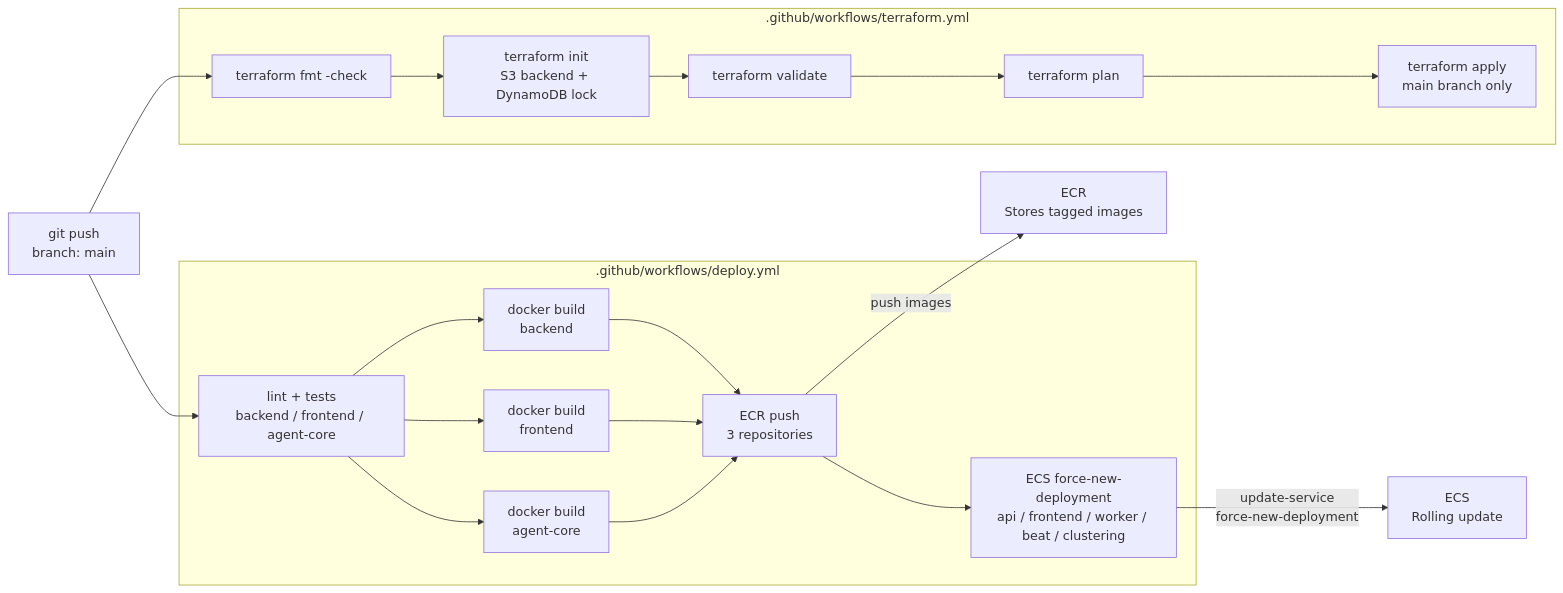
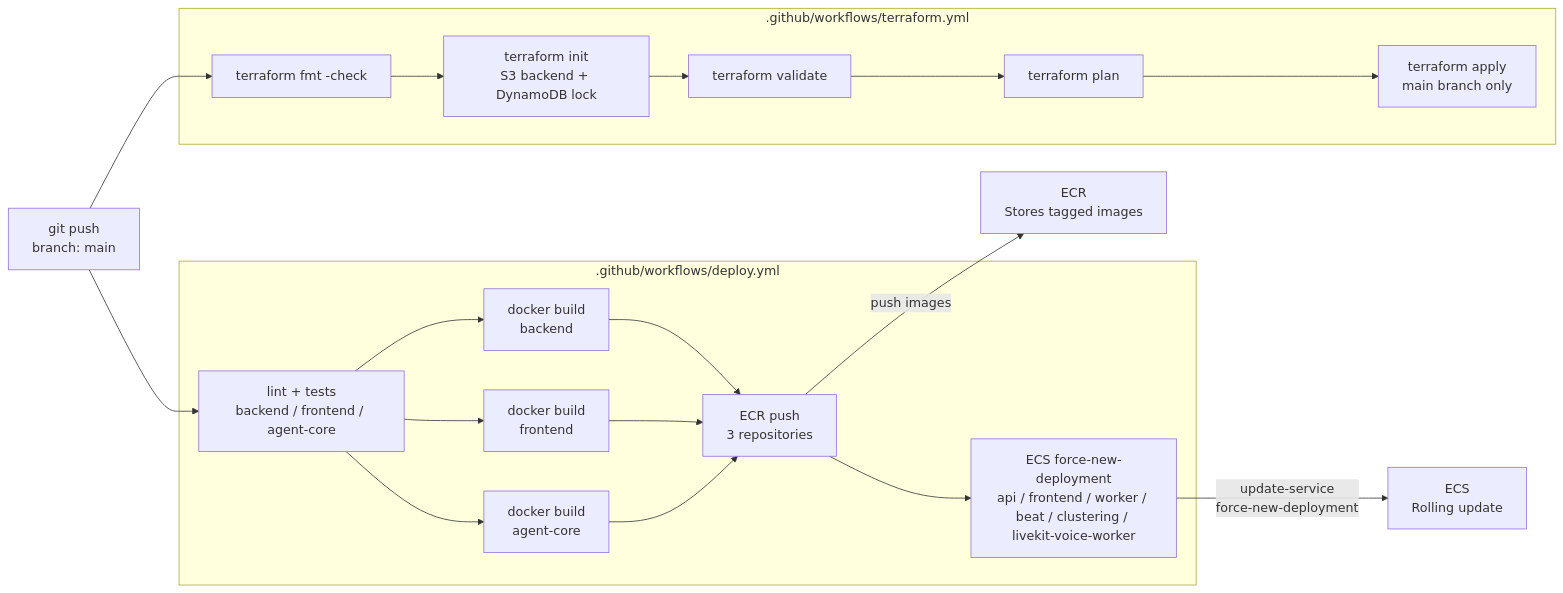
The second of 3 diagrams in docs/DEPLOYMENT_ARCHITECTURE.md (pdz1804/tech-new-mystery), drawn with Mermaid before and after one commit. The commit also changed other lines of this file and 26 other files, not shown here.

````diff
--- a/docs/DEPLOYMENT_ARCHITECTURE.md
+++ b/docs/DEPLOYMENT_ARCHITECTURE.md
@@ -267,37 +270,37 @@
 ```mermaid
 graph LR
     CODE["git push\nbranch: main"]
 
     subgraph TerraformPipeline[".github/workflows/terraform.yml"]
         TF1["terraform fmt -check"]
         TF2["terraform init\nS3 backend + DynamoDB lock"]
         TF3["terraform validate"]
         TF4["terraform plan"]
         TF5["terraform apply\nmain branch only"]
         TF1 --> TF2 --> TF3 --> TF4 --> TF5
     end
 
     subgraph AppPipeline[".github/workflows/deploy.yml"]
         LINT["lint + tests\nbackend / frontend / agent-core"]
         BUILD1["docker build\nbackend"]
         BUILD2["docker build\nfrontend"]
         BUILD3["docker build\nagent-core"]
         PUSH["ECR push\n3 repositories"]
-        DEPLOY["ECS force-new-deployment\napi / frontend / worker / beat / clustering"]
+        DEPLOY["ECS force-new-deployment\napi / frontend / worker / beat / clustering / livekit-voice-worker"]
         LINT --> BUILD1
         LINT --> BUILD2
         LINT --> BUILD3
         BUILD1 --> PUSH
         BUILD2 --> PUSH
         BUILD3 --> PUSH
         PUSH --> DEPLOY
     end
 
     ECR2["ECR\nStores tagged images"]
     ECS2["ECS\nRolling update"]
 
     CODE --> TF1
     CODE --> LINT
     PUSH -->|"push images"| ECR2
     DEPLOY -->|"update-service\nforce-new-deployment"| ECS2
 ```
````
